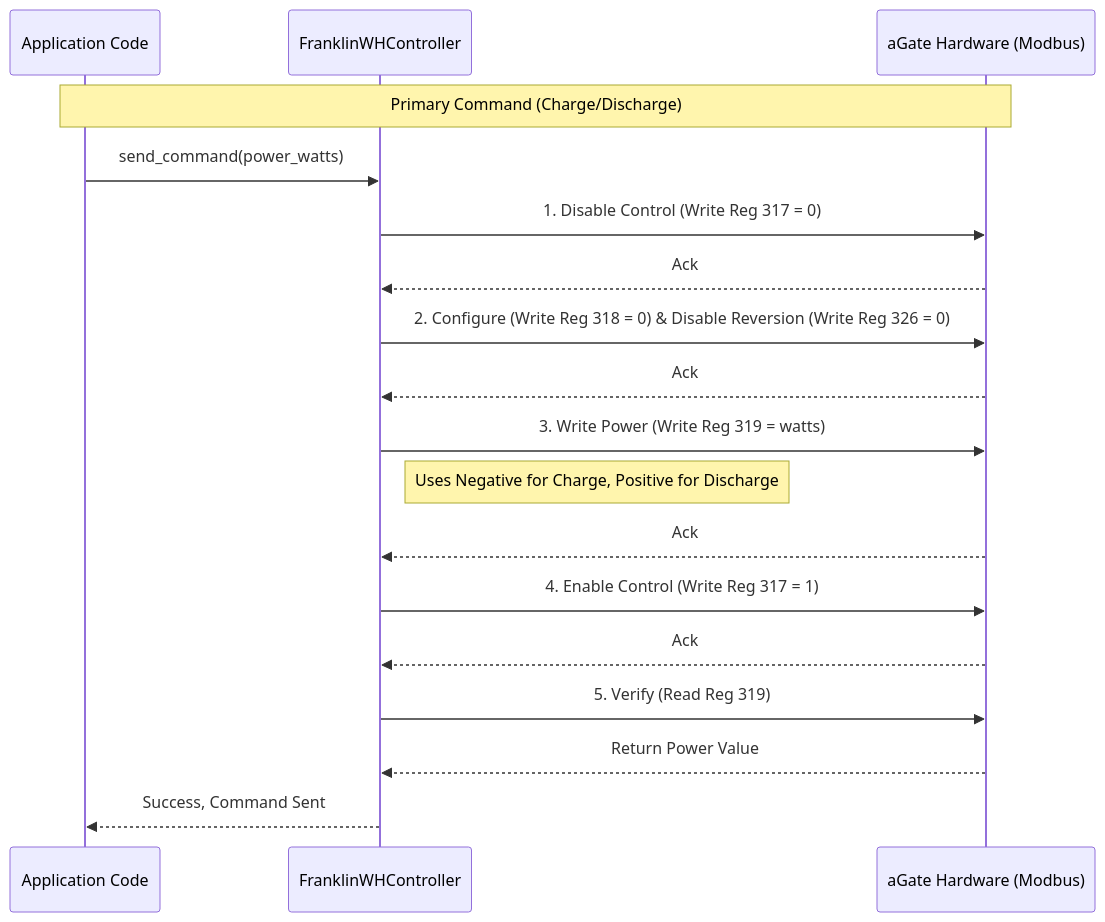
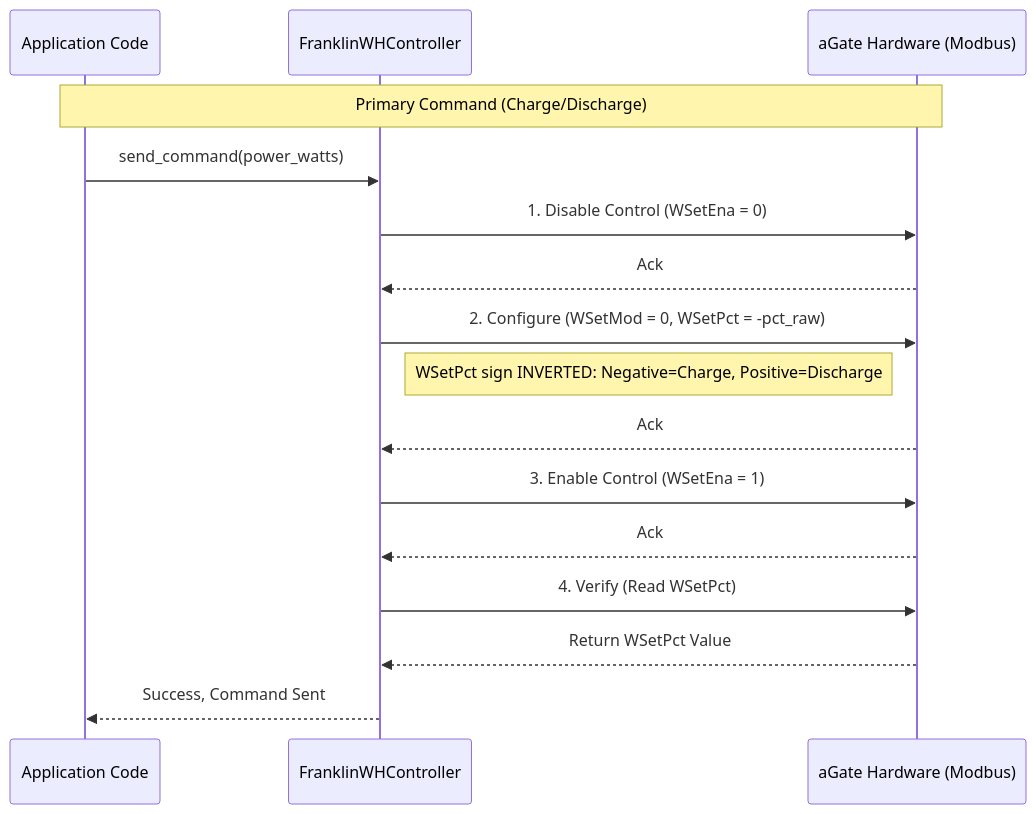
One commit to balloobbot/franklinwh-modbus changed the first of 3 diagrams in docs/ORCHESTRATION_AND_CONTROL.md. Above: the diagram before and after it, drawn with Mermaid. The commit also changed other lines of this file and 2 other files, not shown here.

````diff
--- a/docs/ORCHESTRATION_AND_CONTROL.md
+++ b/docs/ORCHESTRATION_AND_CONTROL.md
@@ -13,27 +15,24 @@
 ```mermaid
 sequenceDiagram
     participant App as Application Code
     participant Ctrl as FranklinWHController
     participant H as aGate Hardware (Modbus)
 
     Note over App, H: Primary Command (Charge/Discharge)
     
     App->>Ctrl: send_command(power_watts)
     
-    Ctrl->>H: 1. Disable Control (Write Reg 317 = 0)
+    Ctrl->>H: 1. Disable Control (WSetEna = 0)
     H-->>Ctrl: Ack
     
-    Ctrl->>H: 2. Configure (Write Reg 318 = 0) & Disable Reversion (Write Reg 326 = 0)
+    Ctrl->>H: 2. Configure (WSetMod = 0, WSetPct = -pct_raw)
+    Note right of Ctrl: WSetPct sign INVERTED: Negative=Charge, Positive=Discharge
     H-->>Ctrl: Ack
     
-    Ctrl->>H: 3. Write Power (Write Reg 319 = watts)
-    Note right of Ctrl: Uses Negative for Charge, Positive for Discharge
+    Ctrl->>H: 3. Enable Control (WSetEna = 1)
     H-->>Ctrl: Ack
     
-    Ctrl->>H: 4. Enable Control (Write Reg 317 = 1)
-    H-->>Ctrl: Ack
-    
-    Ctrl->>H: 5. Verify (Read Reg 319)
-    H-->>Ctrl: Return Power Value
+    Ctrl->>H: 4. Verify (Read WSetPct)
+    H-->>Ctrl: Return WSetPct Value
     Ctrl-->>App: Success, Command Sent
 ```
````
